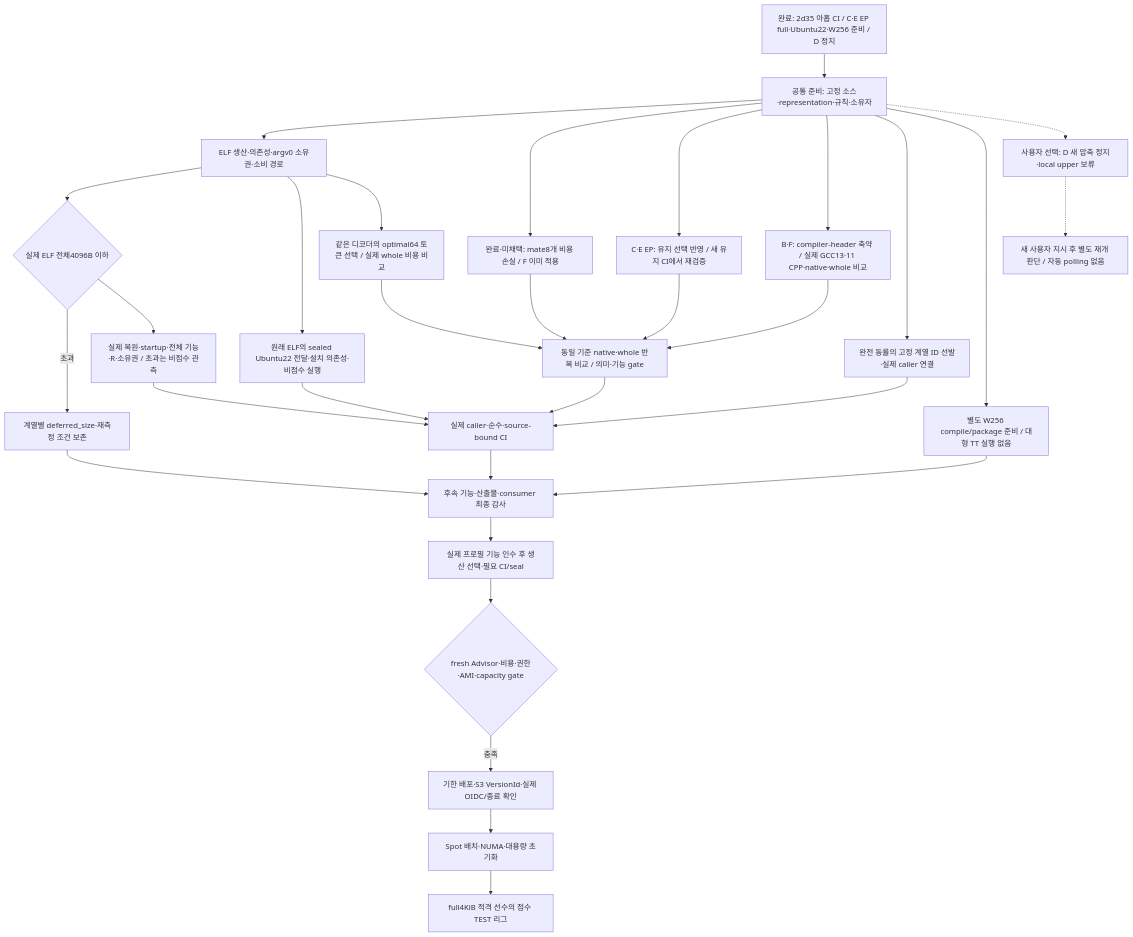
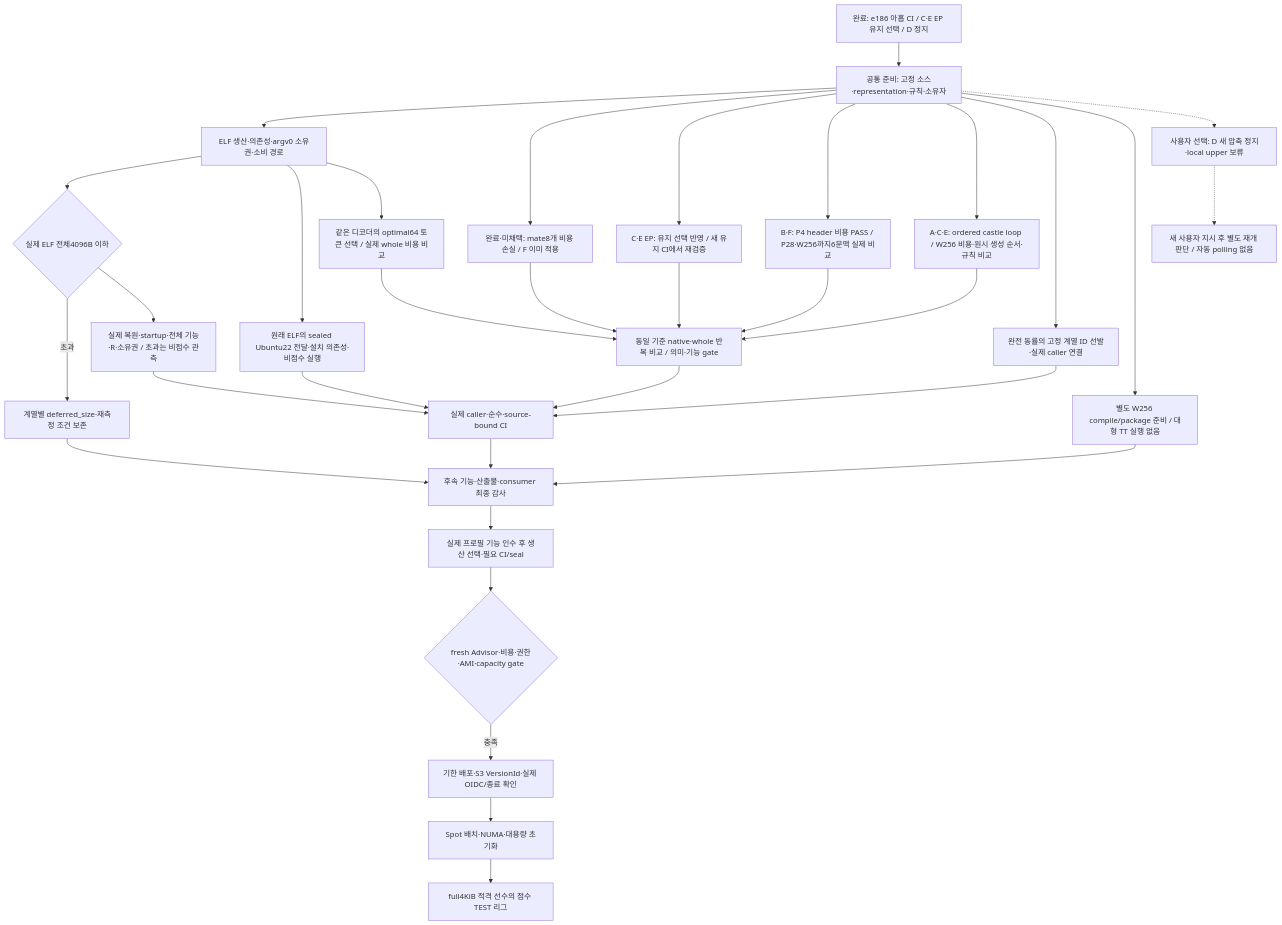
Before and after one commit to daejunnom/Rove4k: the fourth of 4 diagrams in docs/ENGINE-PLAN.ko.md, drawn with Mermaid. The commit also changed other lines of this file and 14 other files, not shown here.

```diff
--- a/docs/ENGINE-PLAN.ko.md
+++ b/docs/ENGINE-PLAN.ko.md
@@ -710,33 +710,35 @@
 ~~~mermaid
 flowchart TD
-  DONE[완료: 2d35 아홉 CI / C·E EP full·Ubuntu22·W256 준비 / D 정지] --> PREP[공통 준비: 고정 소스·representation·규칙·소유자]
+  DONE[완료: e186 아홉 CI / C·E EP 유지 선택 / D 정지] --> PREP[공통 준비: 고정 소스·representation·규칙·소유자]
   PREP --> ELF[ELF 생산·의존성·argv0 소유권·소비 경로]
   PREP --> MATE[완료·미채택: mate8개 비용 손실 / F 이미 적용]
   PREP --> EP[C·E EP: 유지 선택 반영 / 새 유지 CI에서 재검증]
-  PREP --> HEADER[B·F: compiler-header 축약 / 실제 GCC13·11 CPP·native·whole 비교]
+  PREP --> HEADER[B·F: P4 header 비용 PASS / P28·W256까지6문맥 실제 비교]
+  PREP --> CASTLE[A·C·E: ordered castle loop / W256 비용·원시 생성 순서·규칙 비교]
   PREP --> LEAGUEFIX[완전 동률의 고정 계열 ID 선발·실제 caller 연결]
   PREP --> W256[별도 W256 compile/package 준비 / 대형 TT 실행 없음]
   ELF --> SIZE{실제 ELF 전체4096B 이하}
   ELF --> ELF22[원래 ELF의 sealed Ubuntu22 전달·설치 의존성·비점수 실행]
   ELF --> PARSE[같은 디코더의 optimal64 토큰 선택 / 실제 whole 비용 비교]
   SIZE -->|초과| DEFER[계열별 deferred_size·재측정 조건 보존]
   SIZE --> ELFR[실제 복원·startup·전체 기능·R·소유권 / 초과는 비점수 관측]
   MATE --> COST[동일 기준 native·whole 반복 비교 / 의미·기능 gate]
   EP --> COST
   HEADER --> COST
+  CASTLE --> COST
   PARSE --> COST
   ELF22 --> CI
   LEAGUEFIX --> CI[실제 caller·순수·source-bound CI]
   COST --> CI
   ELFR --> CI
   DEFER --> NEXTAUDIT[후속 기능·산출물·consumer 최종 감사]
   W256 --> NEXTAUDIT
   CI --> NEXTAUDIT
   PREP -.-> DHOLD[사용자 선택: D 새 압축 정지·local upper 보류]
   DHOLD -.-> RESUME[새 사용자 지시 후 별도 재개 판단 / 자동 polling 없음]
   NEXTAUDIT --> SELECT[실제 프로필 기능 인수 후 생산 선택·필요 CI/seal]
   SELECT --> GATE{fresh Advisor·비용·권한·AMI·capacity gate}
   GATE -->|충족| LIVE[기한 배포·S3 VersionId·실제 OIDC/종료 확인]
   LIVE --> NUMA[Spot 배치·NUMA·대용량 초기화]
   NUMA --> LEAGUE[full4KiB 적격 선수의 점수 TEST 리그]
 ~~~
```
